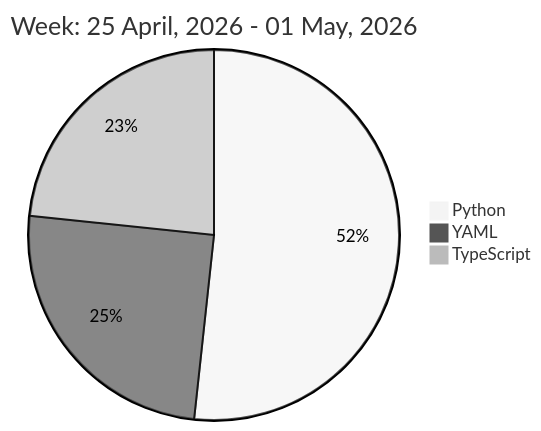
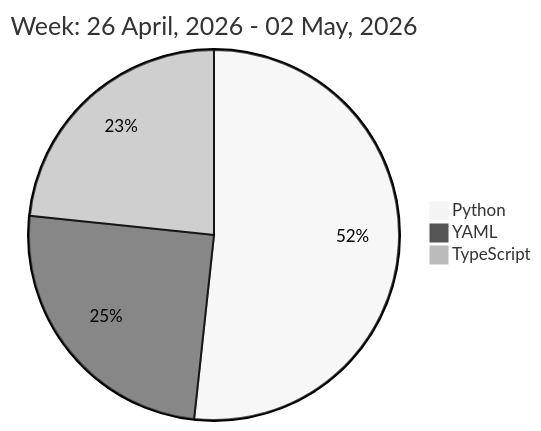
The diagram in README.md (liubin95/liubin95), drawn with Mermaid (neutral theme) before and after one commit.

Commit message:
Updated the Graph with new Metrics

````diff
--- a/README.md
+++ b/README.md
@@ -32,7 +32,7 @@
 ```mermaid
  pie
-title Week: 25 April, 2026 - 01 May, 2026
+title Week: 26 April, 2026 - 02 May, 2026
  "Python" : 4.83
  "YAML" : 2.33
  "TypeScript" : 2.18
 ```
````
